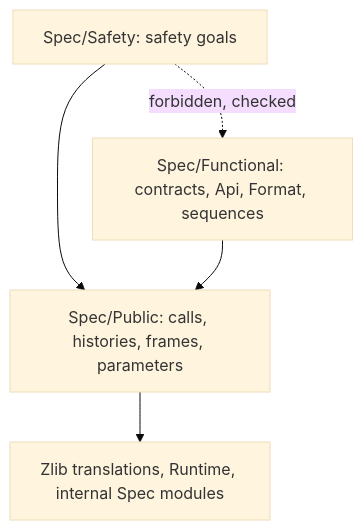
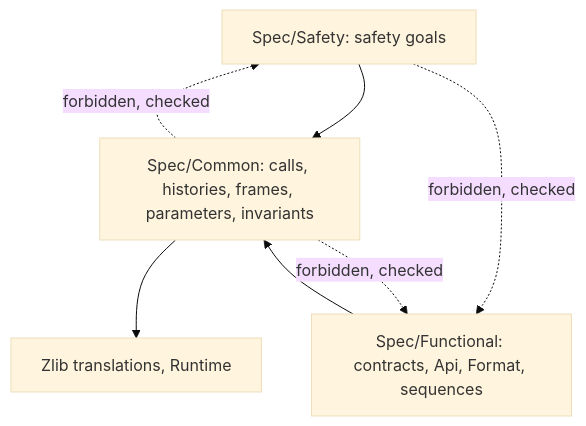
One commit to cla7aye15I4nd/oss-proof changed the diagram in docs/design/safety-functional-split.md. Above: the diagram before and after it, drawn with Mermaid (base theme). The commit also changed other lines of this file and 19 other files, not shown here.

First line of the commit message:
docs: describe the final layout of ZlibF/Spec and the rules the script checks

````diff
--- a/docs/design/safety-functional-split.md
+++ b/docs/design/safety-functional-split.md
@@ -46,8 +54,10 @@
 ```mermaid
 flowchart TD
-  Safety["Spec/Safety: safety goals"] --> Public
-  Functional["Spec/Functional: contracts, Api, Format, sequences"] --> Public
-  Public["Spec/Public: calls, histories, frames, parameters"] --> Base
-  Base["Zlib translations, Runtime, internal Spec modules"]
+  Safety["Spec/Safety: safety goals"] --> Common
+  Functional["Spec/Functional: contracts, Api, Format, sequences"] --> Common
+  Common["Spec/Common: calls, histories, frames, parameters, invariants"] --> Base
+  Base["Zlib translations, Runtime"]
   Safety -. "forbidden, checked" .-> Functional
+  Common -. "forbidden, checked" .-> Safety
+  Common -. "forbidden, checked" .-> Functional
 ```
````
